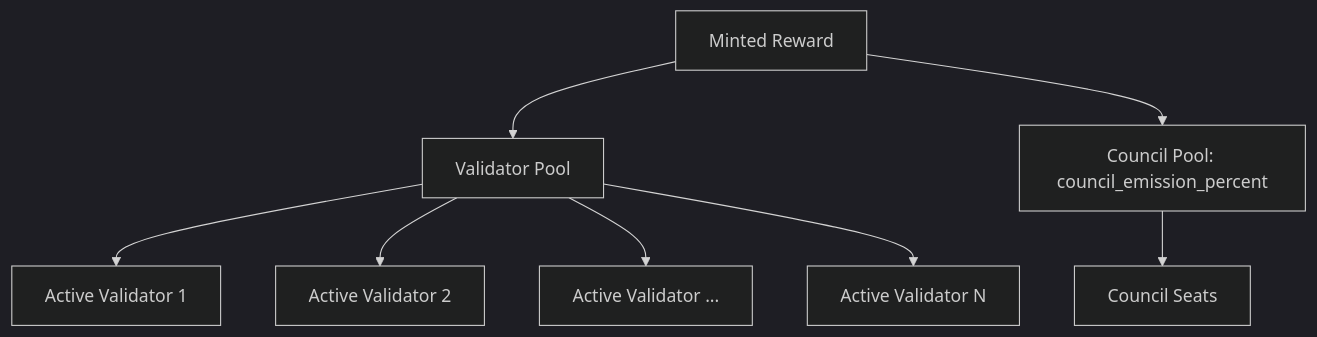
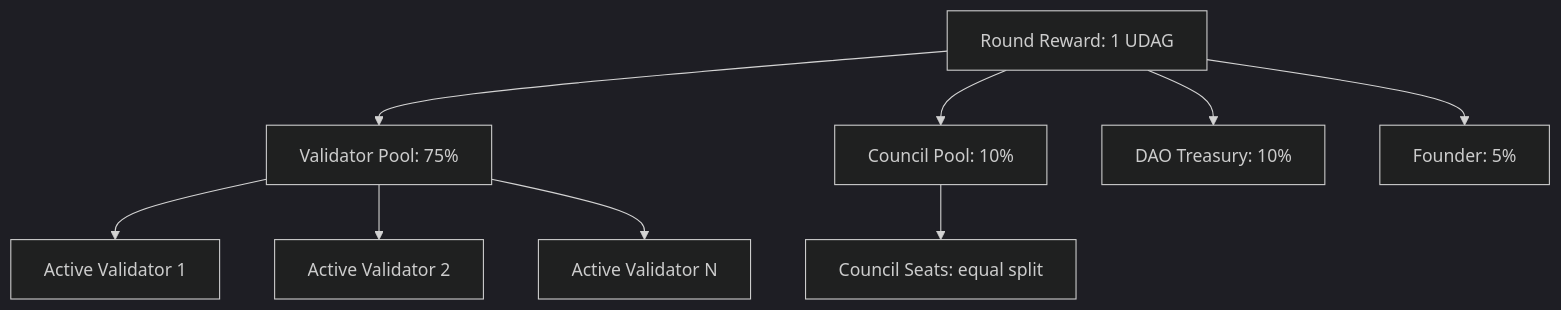
Before and after one commit to UltraDAGcom/core: the diagram in mkdocs-site/tokenomics/supply.md, drawn with Mermaid (dark theme). The commit also changed other lines of this file and 30 other files, not shown here.

````diff
--- a/mkdocs-site/tokenomics/supply.md
+++ b/mkdocs-site/tokenomics/supply.md
@@ -92,12 +92,13 @@
 ```mermaid
 graph TD
-    M[Minted Reward] --> V[Validator Pool]
-    M --> C[Council Pool: council_emission_percent]
+    M[Round Reward: 1 UDAG] --> V[Validator Pool: 75%]
+    M --> C[Council Pool: 10%]
+    M --> T[DAO Treasury: 10%]
+    M --> F[Founder: 5%]
 
     V --> A1[Active Validator 1]
     V --> A2[Active Validator 2]
-    V --> A3[Active Validator ...]
     V --> AN[Active Validator N]
 
-    C --> CS[Council Seats]
+    C --> CS[Council Seats: equal split]
 ```
````
